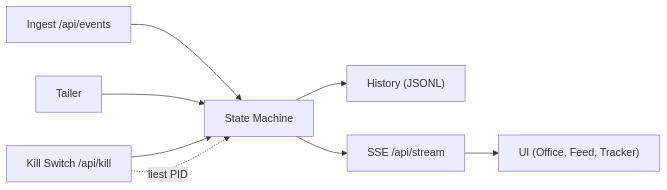
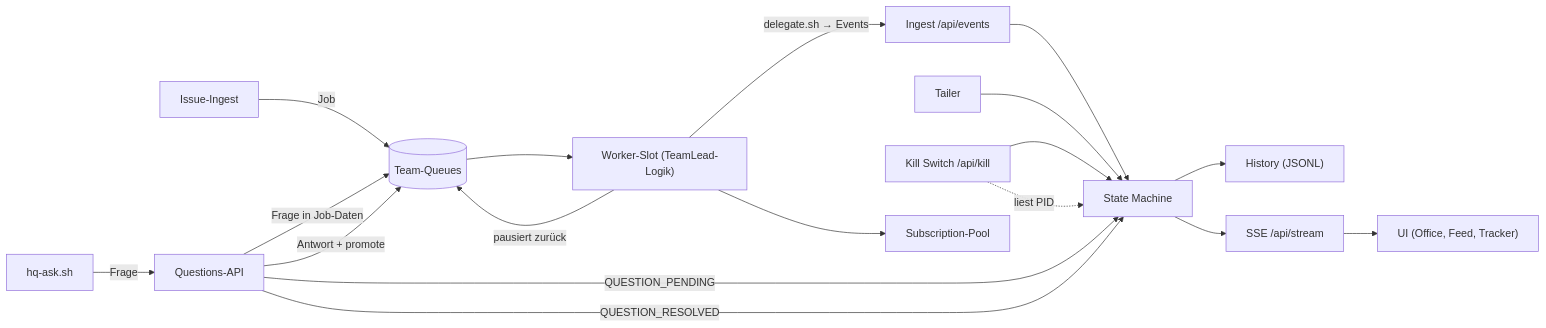
One commit to tihofman/agent-hq changed the second of 3 diagrams in docs/arc42/architecture.md. Above: the diagram before and after it, drawn with Mermaid. The commit also changed other lines of this file and 3 other files, not shown here.

````diff
--- a/docs/arc42/architecture.md
+++ b/docs/arc42/architecture.md
@@ -107,10 +130,20 @@
 ```mermaid
 flowchart LR
     ING["Ingest /api/events"] --> SM["State Machine"]
     TAIL["Tailer"] --> SM
     KILL["Kill Switch /api/kill"] --> SM
     KILL -.->|liest PID| SM
     SM --> HIST["History (JSONL)"]
     SM --> SSE["SSE /api/stream"]
     SSE --> UI["UI (Office, Feed, Tracker)"]
+    GHI["Issue-Ingest"] -->|Job| Q[("Team-Queues")]
+    Q --> TL["Worker-Slot (TeamLead-Logik)"]
+    TL --> POOL["Subscription-Pool"]
+    TL -->|"delegate.sh → Events"| ING
+    ASK["hq-ask.sh"] -->|"Frage"| QA["Questions-API"]
+    QA -->|"Frage in Job-Daten"| Q
+    QA -->|"QUESTION_PENDING"| SM
+    TL -->|"pausiert zurück"| Q
+    QA -->|"Antwort + promote"| Q
+    QA -->|"QUESTION_RESOLVED"| SM
 ```
````
